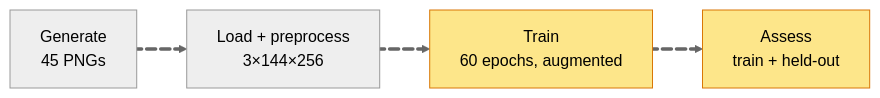
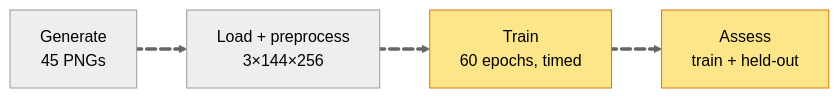
One commit to nal/ML changed the fourth of 14 diagrams in CNN/image_classification/docs/hld/slides.md. Above: the diagram before and after it, drawn with Mermaid (neutral theme). The commit also changed other lines of this file and 1 other file, not shown here.

````diff
--- a/CNN/image_classification/docs/hld/slides.md
+++ b/CNN/image_classification/docs/hld/slides.md
@@ -125,10 +130,10 @@
 ```mermaid
 flowchart LR
   classDef new fill:#fde68a,stroke:#d97706,color:#000
   A["Generate<br/>45 PNGs"] e1@==> B["Load + preprocess<br/>3×144×256"]
-  B e2@==> C["Train<br/>60 epochs, augmented"]:::new
+  B e2@==> C["Train<br/>60 epochs, timed"]:::new
   C e3@==> D["Assess<br/>train + held-out"]:::new
   e1@{ animate: true }
   e2@{ animate: true }
   e3@{ animate: true }
 ```
````
